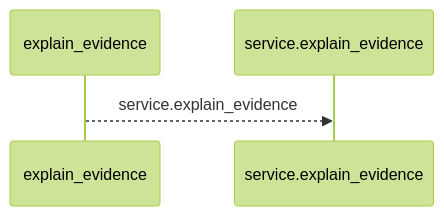
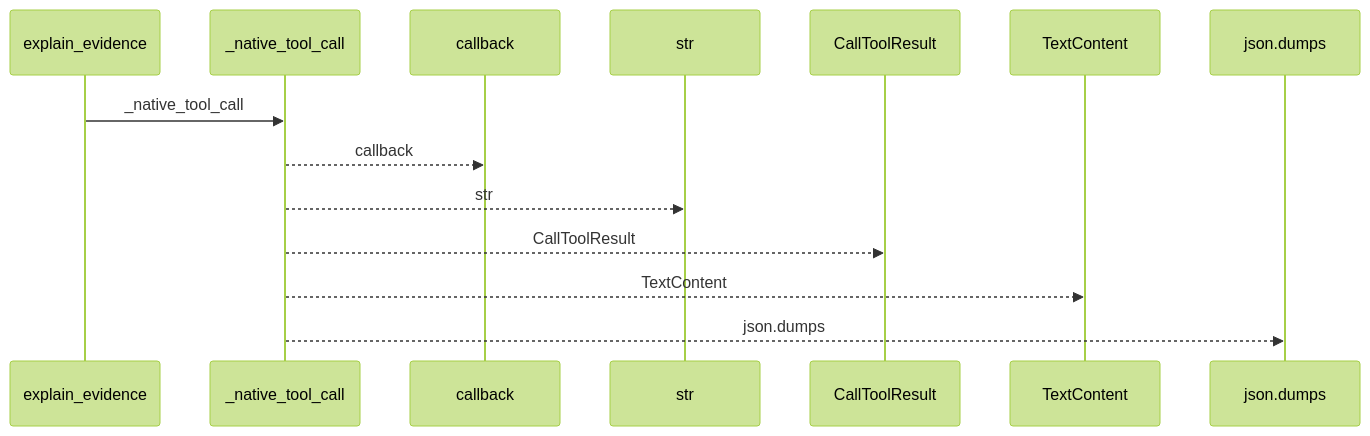
One commit to Denissvgn/python-wiki-llm changed the first of 2 diagrams in docs/llm_wiki/flows/mcp-explain_evidence.md. Above: the diagram before and after it, drawn with Mermaid (forest theme). The commit also changed other lines of this file and 398 other files, not shown here.

````diff
--- a/docs/llm_wiki/flows/mcp-explain_evidence.md
+++ b/docs/llm_wiki/flows/mcp-explain_evidence.md
@@ -10,6 +10,16 @@
 ```mermaid
 sequenceDiagram
     participant p0 as explain_evidence
-    participant p1 as service.explain_evidence
-    p0-->>p1: service.explain_evidence
+    participant p1 as _native_tool_call
+    participant p2 as callback
+    participant p3 as str
+    participant p4 as CallToolResult
+    participant p5 as TextContent
+    participant p6 as json.dumps
+    p0->>p1: _native_tool_call
+    p1-->>p2: callback
+    p1-->>p3: str
+    p1-->>p4: CallToolResult
+    p1-->>p5: TextContent
+    p1-->>p6: json.dumps
 ```
````
